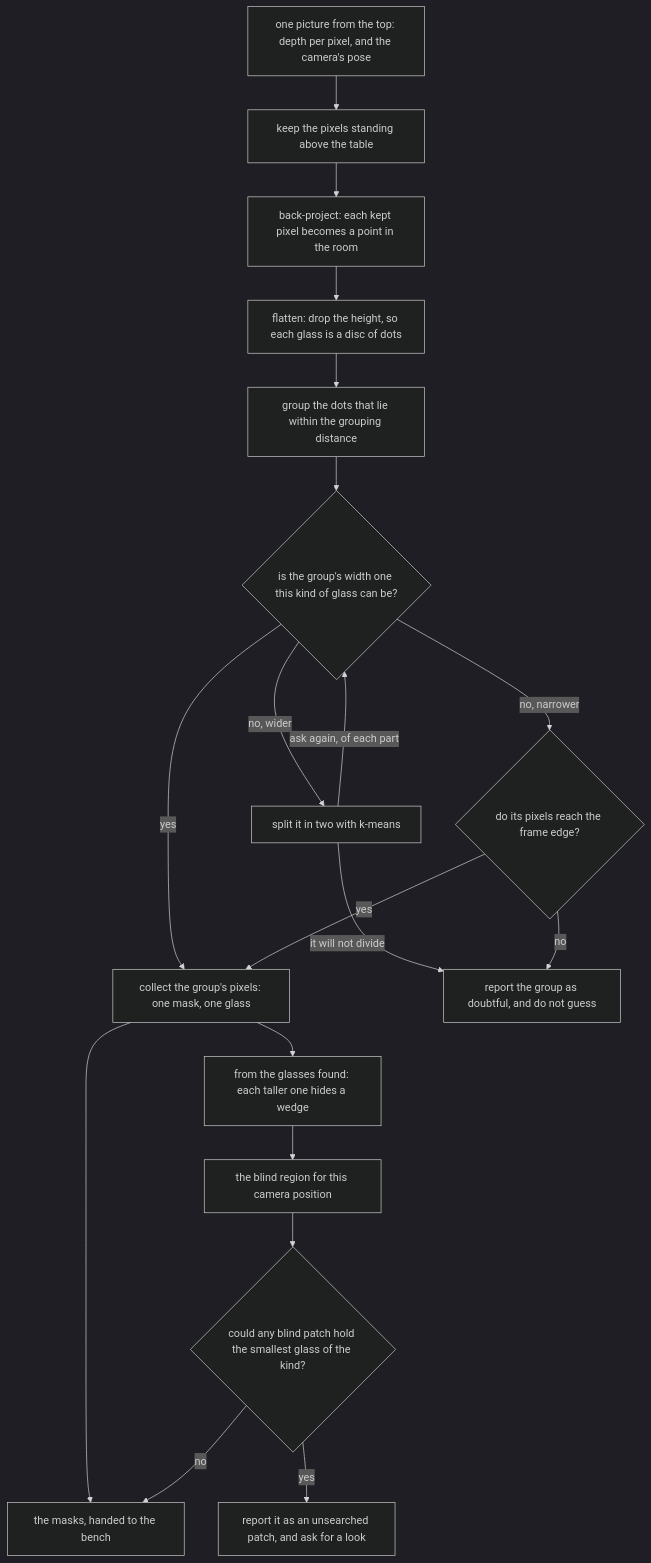
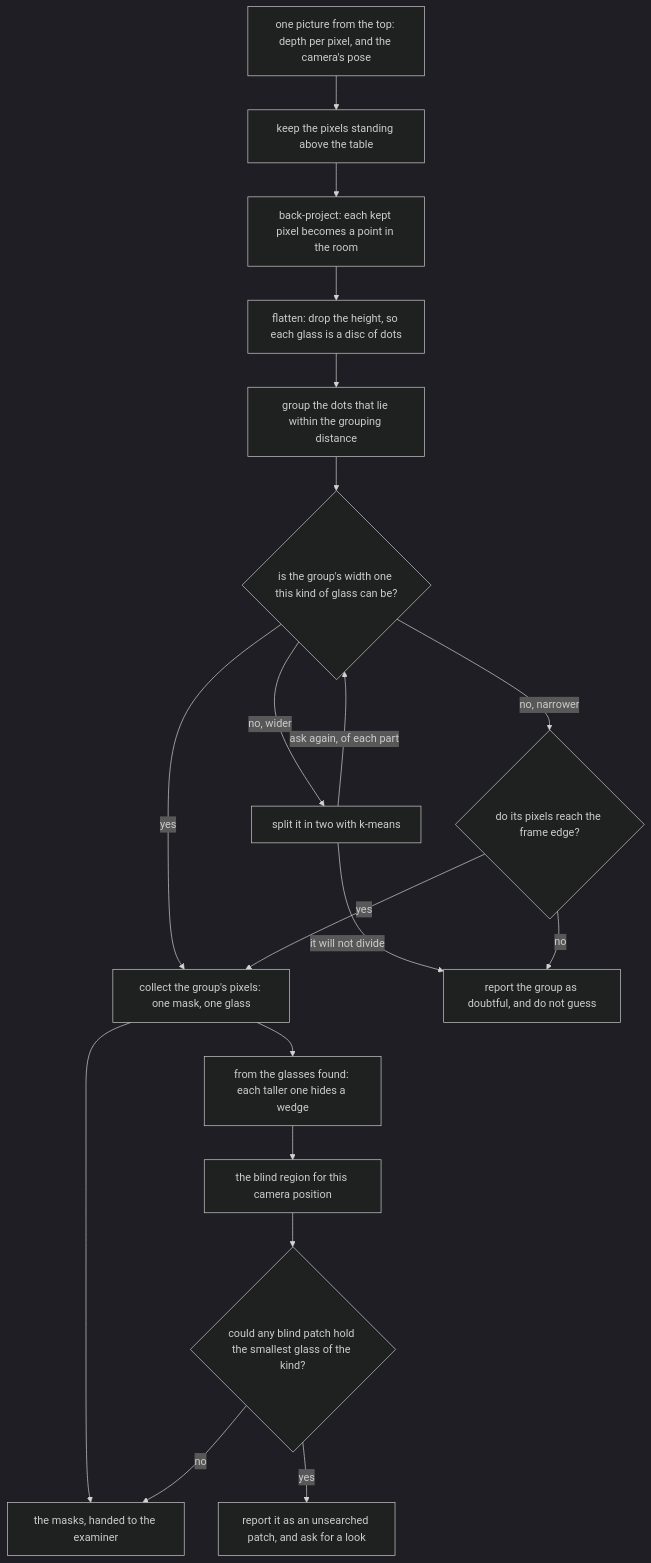
The diagram in v5-pick-glasses/docs/02-segment-glasses/solutions/01-rules-on-the-table.md (RobinNagpal/robot-arm-projects), drawn with Mermaid (dark theme) before and after one commit. The commit also changed other lines of this file and 25 other files, not shown here.

````diff
--- a/v5-pick-glasses/docs/02-segment-glasses/solutions/01-rules-on-the-table.md
+++ b/v5-pick-glasses/docs/02-segment-glasses/solutions/01-rules-on-the-table.md
@@ -626,22 +626,22 @@
 ```mermaid
 flowchart TD
     PIC["one picture from the top: depth per pixel, and the camera's pose"]
     PIC --> ST["keep the pixels standing above the table"]
     ST --> BP["back-project: each kept pixel becomes a point in the room"]
     BP --> FL["flatten: drop the height, so each glass is a disc of dots"]
     FL --> CL["group the dots that lie within the grouping distance"]
     CL --> CHK{"is the group's width one this kind of glass can be?"}
     CHK -- yes --> MK["collect the group's pixels: one mask, one glass"]
     CHK -- "no, wider" --> SP["split it in two with k-means"]
     SP -- "ask again, of each part" --> CHK
     SP -- "it will not divide" --> DB
     CHK -- "no, narrower" --> EDGE{"do its pixels reach the frame edge?"}
     EDGE -- yes --> MK
     EDGE -- no --> DB["report the group as doubtful, and do not guess"]
-    MK --> OUT["the masks, handed to the bench"]
+    MK --> OUT["the masks, handed to the examiner"]
     MK --> SH["from the glasses found: each taller one hides a wedge"]
     SH --> BL["the blind region for this camera position"]
     BL --> PAT{"could any blind patch hold the smallest glass of the kind?"}
     PAT -- no --> OUT
     PAT -- yes --> SUS["report it as an unsearched patch, and ask for a look"]
 ```
````
